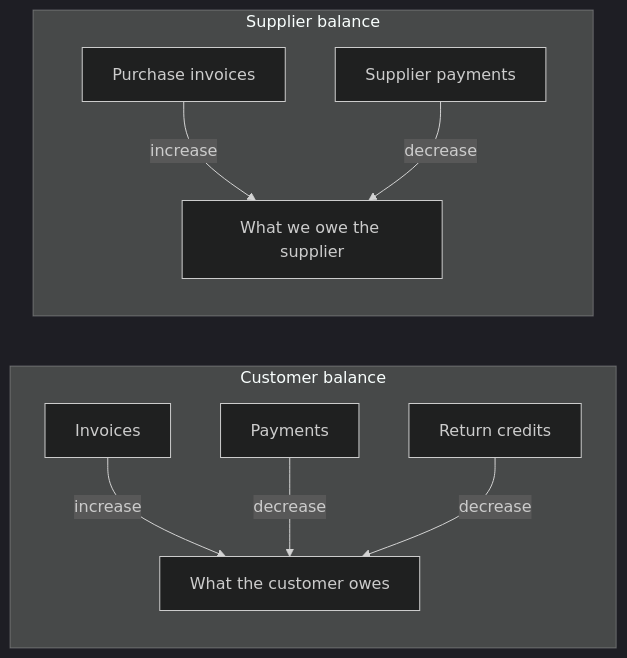
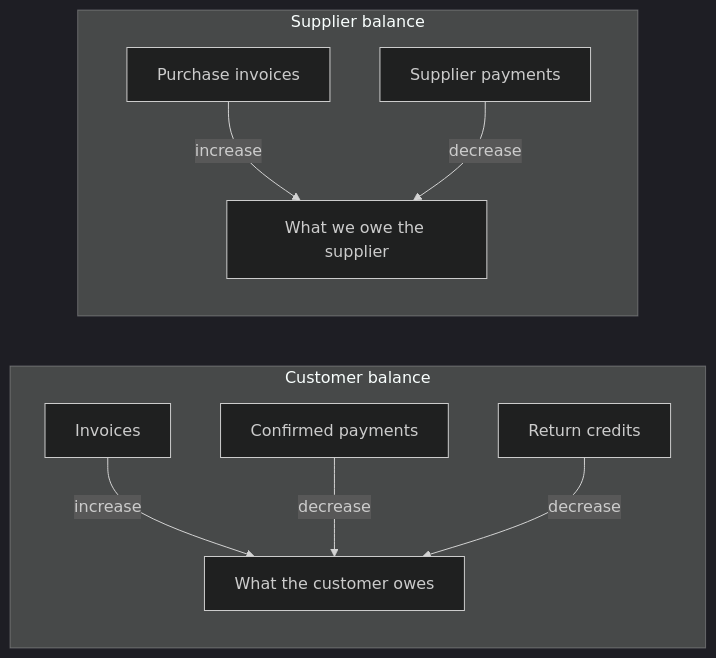
One commit to AhmedElnagarUU/Cosmo changed the seventh of 7 diagrams in docs/workflows/05-invoices-and-payments.md. Above: the diagram before and after it, drawn with Mermaid (dark theme). The commit also changed other lines of this file and 33 other files, not shown here.

````diff
--- a/docs/workflows/05-invoices-and-payments.md
+++ b/docs/workflows/05-invoices-and-payments.md
@@ -64,13 +125,13 @@
 ```mermaid
 flowchart LR
-    subgraph Customer balance
+    subgraph CUST[Customer balance]
         I[Invoices] -- increase --> CB[What the customer owes]
-        P[Payments] -- decrease --> CB
+        P[Confirmed payments] -- decrease --> CB
         R[Return credits] -- decrease --> CB
     end
 
-    subgraph Supplier balance
+    subgraph SUPP[Supplier balance]
         PI[Purchase invoices] -- increase --> SB[What we owe the supplier]
         SP[Supplier payments] -- decrease --> SB
     end
 ```
````
